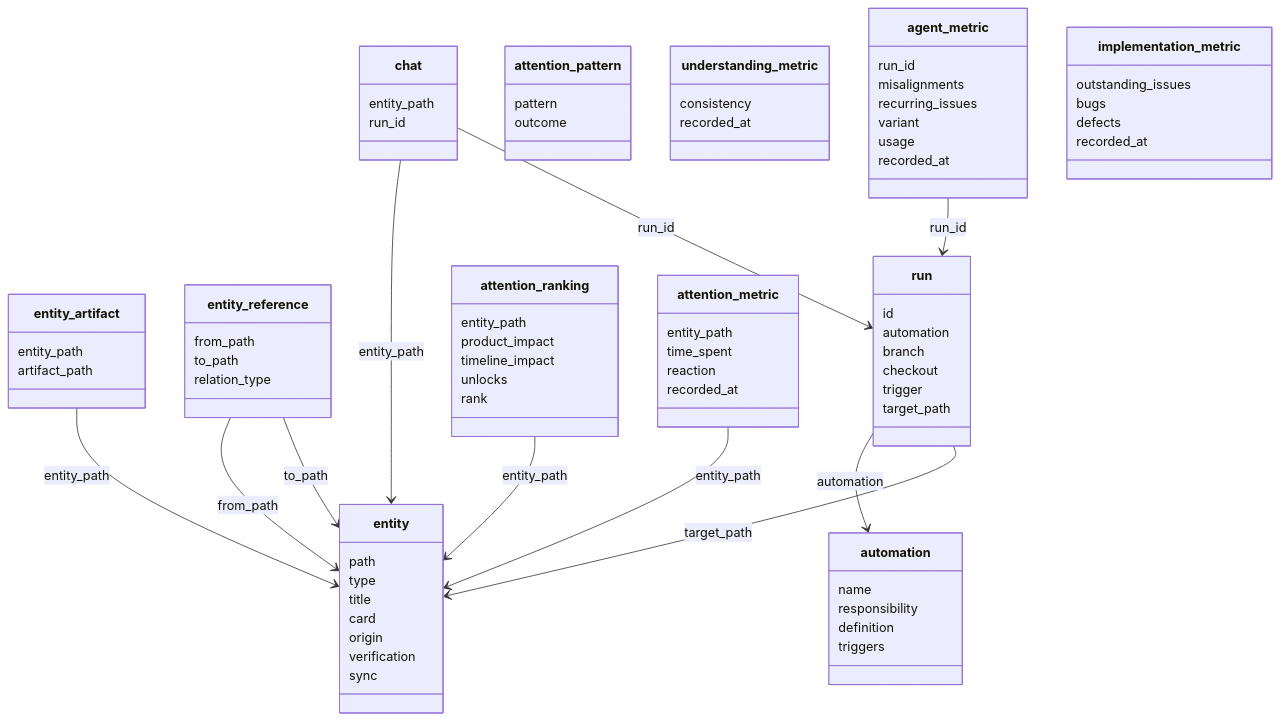
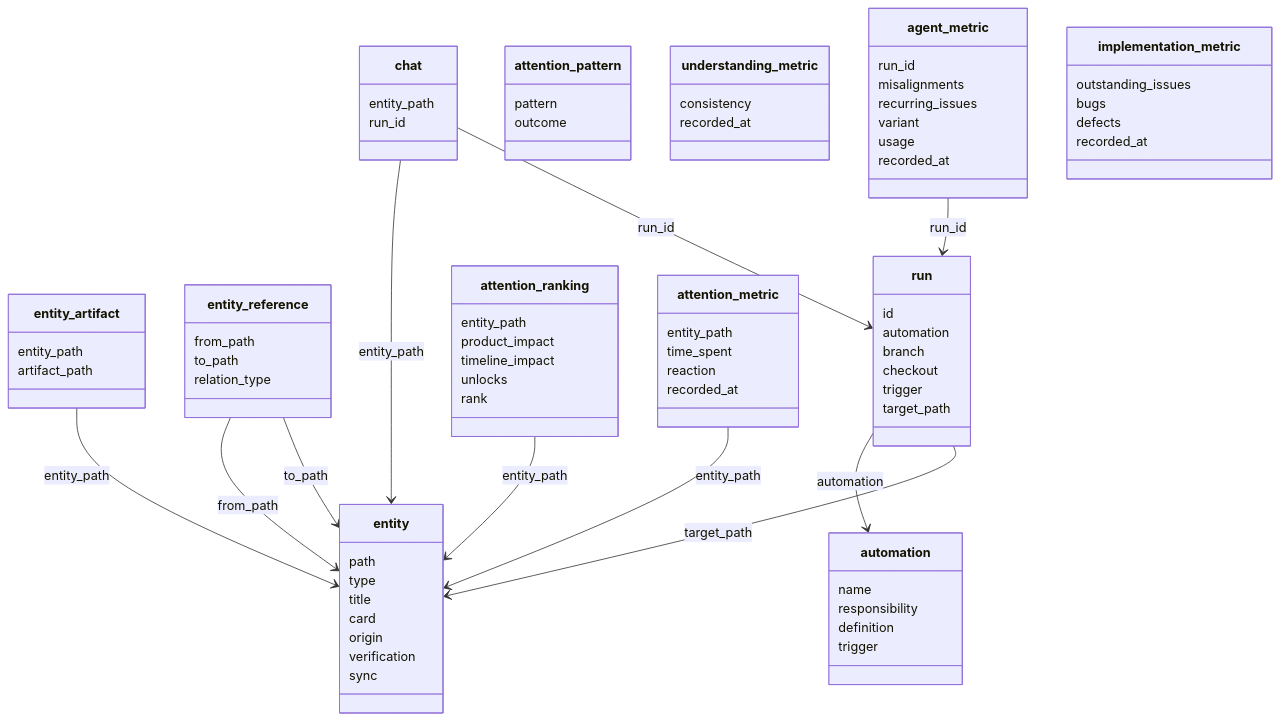
The diagram in docs/diagrams/11-database.md (Aleksander1111/momentum), drawn with Mermaid before and after one commit. The commit also changed 2 other files, not shown here.

Commit message:
Sync docs with the implementation
- PLAN: approval per entity, guard issues, retirement, implementation merge
- PLAN: implementation decisions and database additions
- SPEC and database diagram: card automation, trigger field

```diff
--- a/docs/diagrams/11-database.md
+++ b/docs/diagrams/11-database.md
@@ -30,7 +30,7 @@
     name
     responsibility
     definition
-    triggers
+    trigger
   }
   class run {
     id
```
